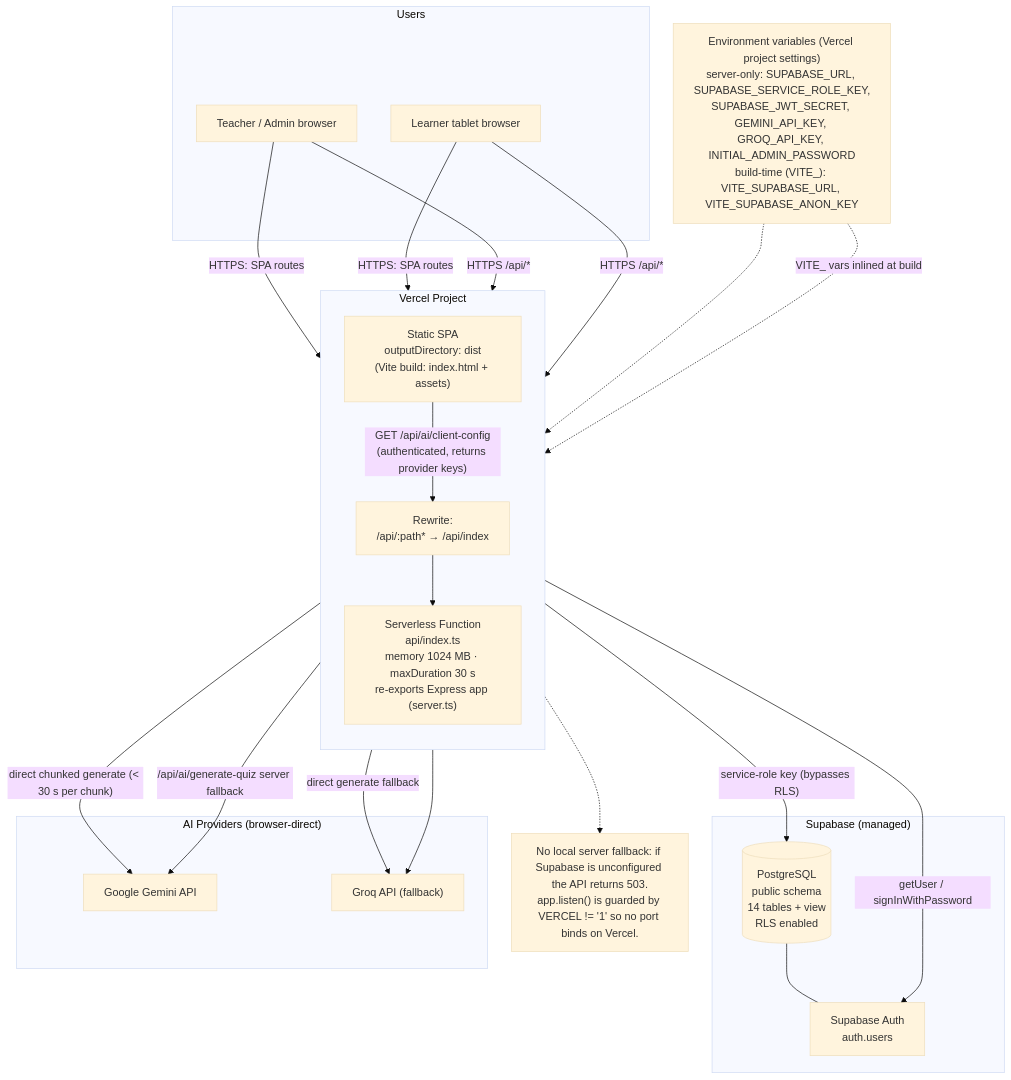
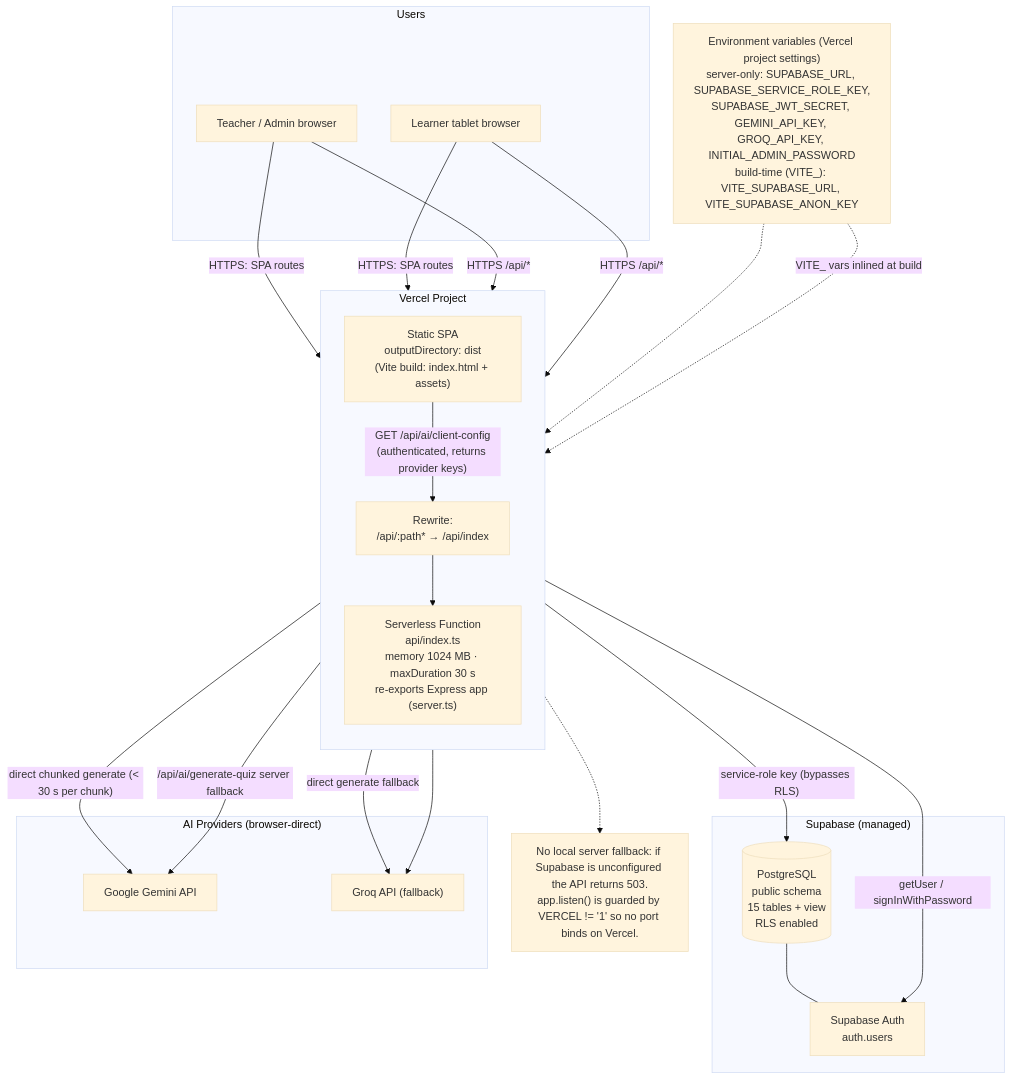
The diagram in docs/diagrams/deployment.mmd (mgcinishaun524-source/GMA_Quiz_Offline_Online_Support), drawn with Mermaid before and after one commit. The commit also changed 14 other files, not shown here.

```diff
--- a/docs/diagrams/deployment.mmd
+++ b/docs/diagrams/deployment.mmd
@@ -1,49 +1,49 @@
 %%{init: {'theme':'base'}}%%
 %% Growing Minds Academy AI Quiz System — Deployment Architecture
 %% Source: vercel.json, package.json, DEPLOYMENT.md, server.ts (VERCEL guard), api/index.ts
 flowchart TB
     subgraph Users["Users"]
         T["Teacher / Admin browser"]
         L["Learner tablet browser"]
     end
 
     subgraph Vercel["Vercel Project"]
         direction TB
         Static["Static SPA<br/>outputDirectory: dist<br/>(Vite build: index.html + assets)"]
         Rewrite["Rewrite:<br/>/api/:path* → /api/index"]
         Fn["Serverless Function<br/>api/index.ts<br/>memory 1024 MB · maxDuration 30 s<br/>re-exports Express app (server.ts)"]
     end
 
     subgraph SupabaseCloud["Supabase (managed)"]
-        PG[("PostgreSQL<br/>public schema<br/>14 tables + view<br/>RLS enabled")]
+        PG[("PostgreSQL<br/>public schema<br/>15 tables + view<br/>RLS enabled")]
         Auth["Supabase Auth<br/>auth.users"]
     end
 
     subgraph AIProviders["AI Providers (browser-direct)"]
         Gemini["Google Gemini API"]
         Groq["Groq API (fallback)"]
     end
 
     Env["Environment variables (Vercel project settings)<br/>server-only: SUPABASE_URL, SUPABASE_SERVICE_ROLE_KEY,<br/>SUPABASE_JWT_SECRET, GEMINI_API_KEY, GROQ_API_KEY, INITIAL_ADMIN_PASSWORD<br/>build-time (VITE_): VITE_SUPABASE_URL, VITE_SUPABASE_ANON_KEY"]
 
     T -->|"HTTPS: SPA routes"| Static
     L -->|"HTTPS: SPA routes"| Static
     T -->|"HTTPS /api/*"| Rewrite
     L -->|"HTTPS /api/*"| Rewrite
     Rewrite --> Fn
 
     Fn -->|"service-role key (bypasses RLS)"| PG
     Fn -->|"getUser / signInWithPassword"| Auth
     PG --- Auth
 
     Static -->|"GET /api/ai/client-config<br/>(authenticated, returns provider keys)"| Rewrite
     Static -->|"direct chunked generate (< 30 s per chunk)"| Gemini
     Static -->|"direct generate fallback"| Groq
     Fn -->|"/api/ai/generate-quiz server fallback"| Gemini
     Fn --> Groq
 
     Env -.-> Fn
     Env -.->|"VITE_ vars inlined at build"| Static
 
     Note["No local server fallback: if Supabase is unconfigured the API returns 503.<br/>app.listen() is guarded by VERCEL != '1' so no port binds on Vercel."]
     Fn -.-> Note
```
